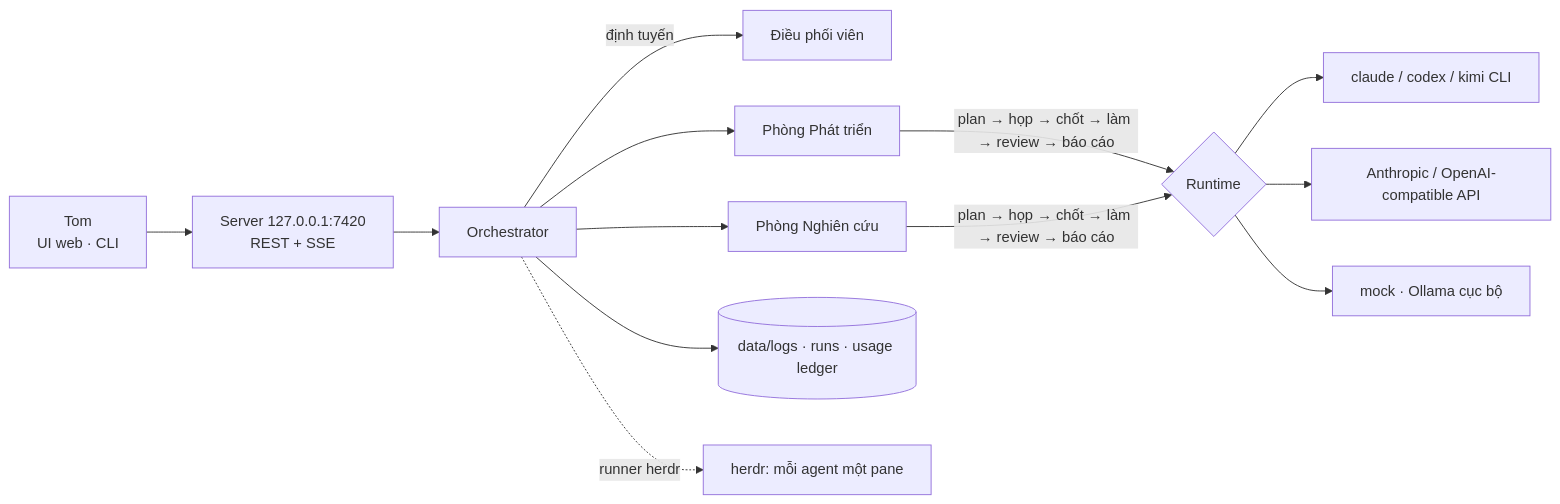
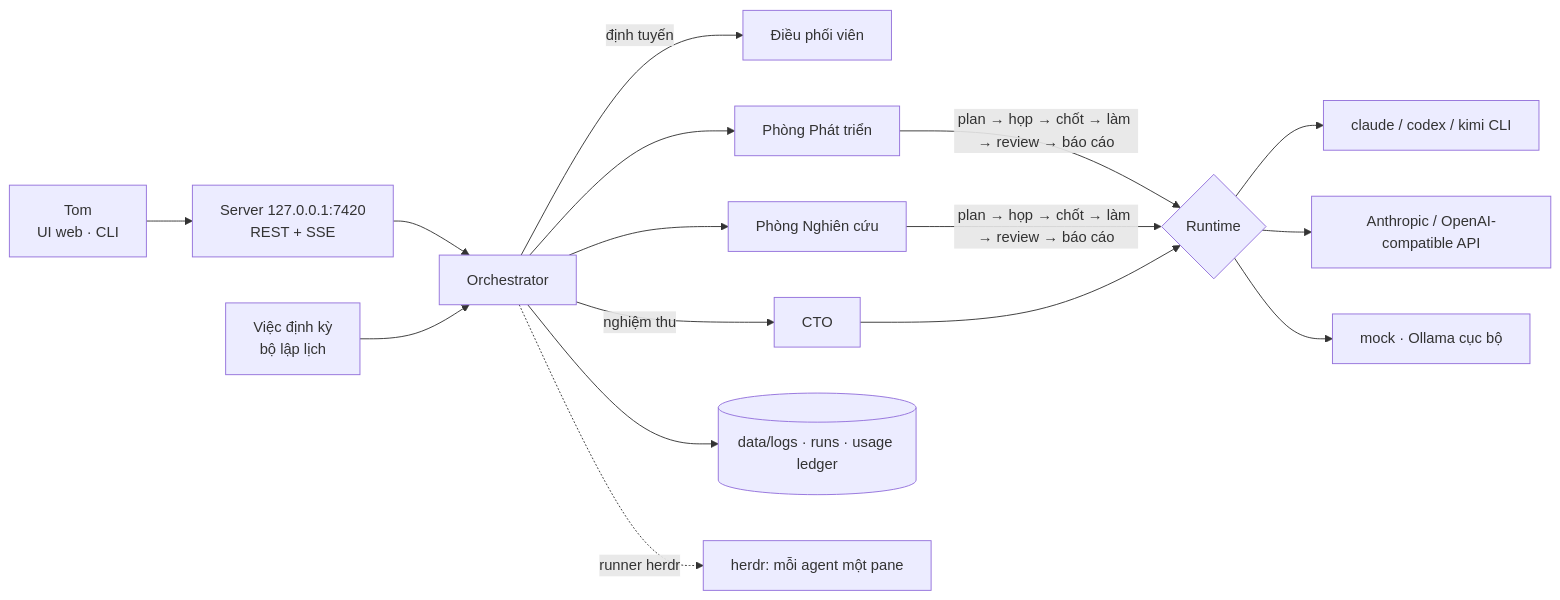
One commit to tom18072001/CCoding changed the diagram in README.md. Above: the diagram before and after it, drawn with Mermaid. The commit also changed other lines of this file and 10 other files, not shown here.

````diff
--- a/README.md
+++ b/README.md
@@ -29,14 +31,17 @@
 ```mermaid
 flowchart LR
   U[Tom<br/>UI web · CLI] --> S[Server 127.0.0.1:7420<br/>REST + SSE]
   S --> O[Orchestrator]
+  SC[Việc định kỳ<br/>bộ lập lịch] --> O
   O -->|định tuyến| R[Điều phối viên]
   O --> D1[Phòng Phát triển]
   O --> D2[Phòng Nghiên cứu]
   D1 & D2 -->|plan → họp → chốt → làm → review → báo cáo| RT{Runtime}
+  O -->|nghiệm thu| CT[CTO]
+  CT --> RT
   RT --> C[claude / codex / kimi CLI]
   RT --> A[Anthropic / OpenAI-compatible API]
   RT --> M[mock · Ollama cục bộ]
   O --> L[(data/logs · runs · usage ledger)]
   O -. runner herdr .-> H[herdr: mỗi agent một pane]
 ```
````
